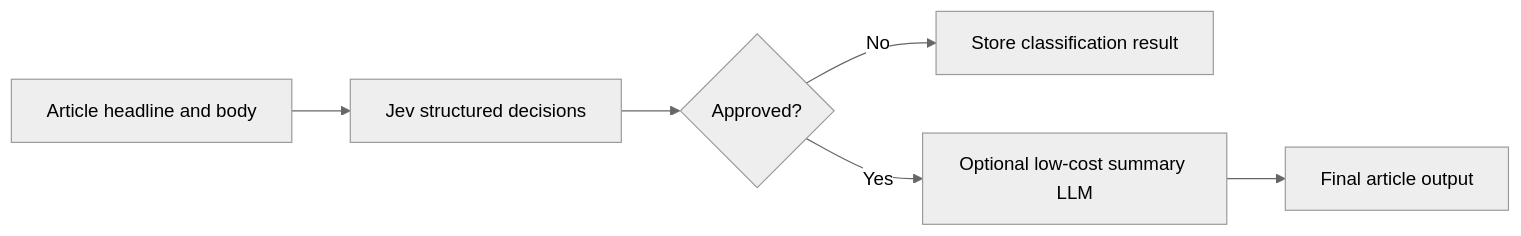
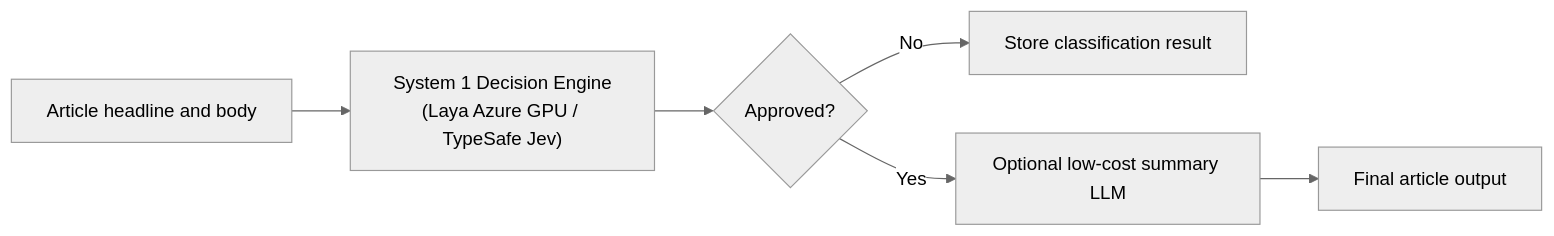
One commit to TonyP-MR/jev-curation-engine changed the first of 5 diagrams in jev-curation-engine-explainer.md. Above: the diagram before and after it, drawn with Mermaid (neutral theme). The commit also changed other lines of this file and 1 other file, not shown here.

Commit message:
docs: update README and explainer diagrams to reflect dual Laya and Jev options

````diff
--- a/jev-curation-engine-explainer.md
+++ b/jev-curation-engine-explainer.md
@@ -26,8 +26,8 @@
 ```mermaid
 flowchart LR
-    A[Article headline and body] --> B[Jev structured decisions]
+    A[Article headline and body] --> B["System 1 Decision Engine<br/>(Laya Azure GPU / TypeSafe Jev)"]
     B --> C{Approved?}
     C -->|No| D[Store classification result]
     C -->|Yes| E[Optional low-cost summary LLM]
     E --> F[Final article output]
 ```
````
